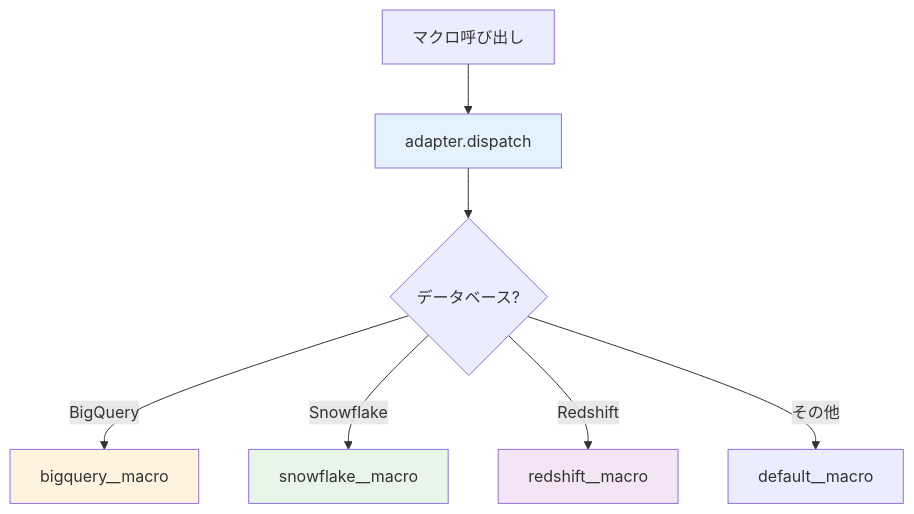
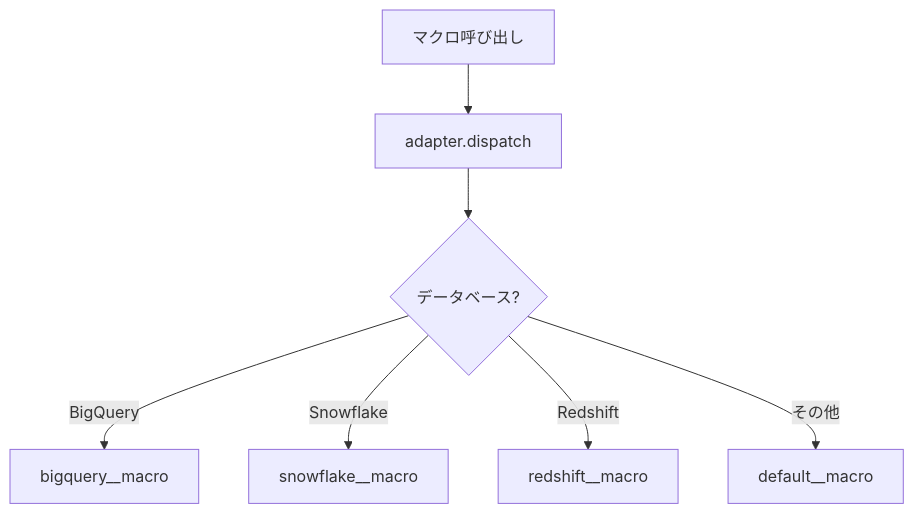
One commit to 1210yuichi0/1210yuichi0.github.io changed the fourth of 11 diagrams in content/Tech/dbt/categories/other-config.md. Above: the diagram before and after it, drawn with Mermaid. The commit also changed other lines of this file and 22 other files, not shown here.

First line of the commit message:
style: remove Mermaid style directives for dark mode compatibility

````diff
--- a/content/Tech/dbt/categories/other-config.md
+++ b/content/Tech/dbt/categories/other-config.md
@@ -543,15 +530,11 @@
 ```mermaid
 flowchart TD
     A[マクロ呼び出し] --> B[adapter.dispatch]
     B --> C{データベース?}
 
     C -->|BigQuery| D[bigquery__macro]
     C -->|Snowflake| E[snowflake__macro]
     C -->|Redshift| F[redshift__macro]
     C -->|その他| G[default__macro]
 
-    style B fill:#e3f2fd
-    style D fill:#fff3e0
-    style E fill:#e8f5e9
-    style F fill:#f3e5f5
 ```
````
